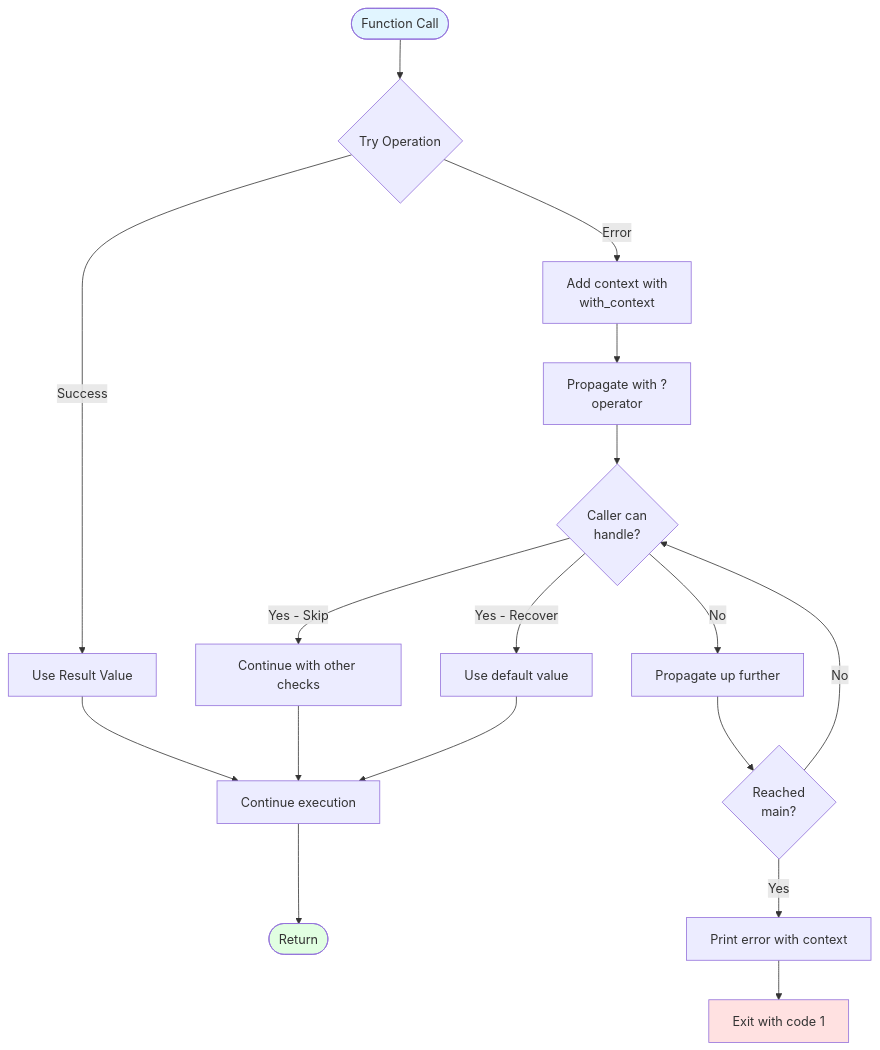
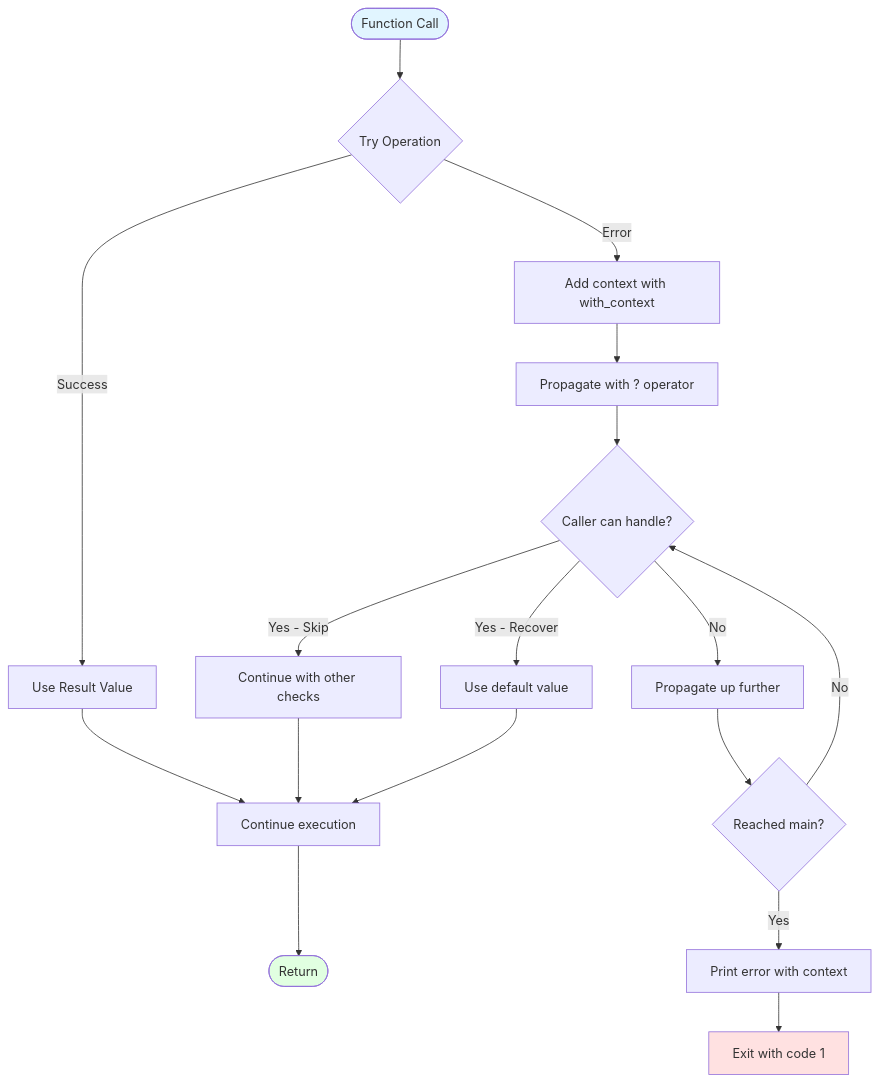
The tenth of 12 diagrams in wiki/System-Flows.md (softwarewrighter/sw-checklist), drawn with Mermaid before and after one commit. The commit also changed other lines of this file and 7 other files, not shown here.

````diff
--- a/wiki/System-Flows.md
+++ b/wiki/System-Flows.md
@@ -541,31 +541,31 @@
 ```mermaid
 flowchart TD
     Start([Function Call]) --> TryOp{Try Operation}
 
     TryOp -->|Success| UseValue[Use Result Value]
-    TryOp -->|Error| AddContext[Add context with<br/>with_context]
+    TryOp -->|Error| AddContext[Add context with with_context]
 
-    AddContext --> Propagate[Propagate with ?<br/>operator]
-    Propagate --> Caller{Caller can<br/>handle?}
+    AddContext --> Propagate[Propagate with ? operator]
+    Propagate --> Caller{Caller can handle?}
 
     Caller -->|Yes - Skip| Skip[Continue with other checks]
     Caller -->|Yes - Recover| Recover[Use default value]
     Caller -->|No| PropUp[Propagate up further]
 
-    PropUp --> Main{Reached<br/>main?}
+    PropUp --> Main{Reached main?}
 
     Main -->|Yes| PrintErr[Print error with context]
     Main -->|No| Caller
 
     PrintErr --> Exit[Exit with code 1]
 
     UseValue --> Continue[Continue execution]
     Skip --> Continue
     Recover --> Continue
 
     Continue --> Return([Return])
 
     style Start fill:#e1f5ff
     style Exit fill:#ffe1e1
     style Return fill:#e1ffe1
 ```
````
